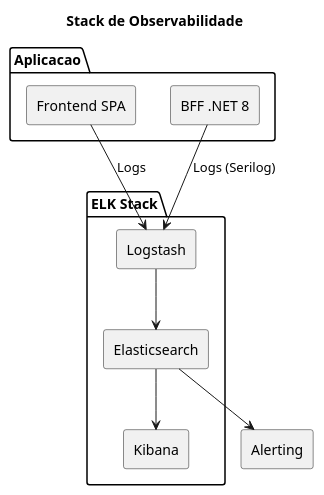
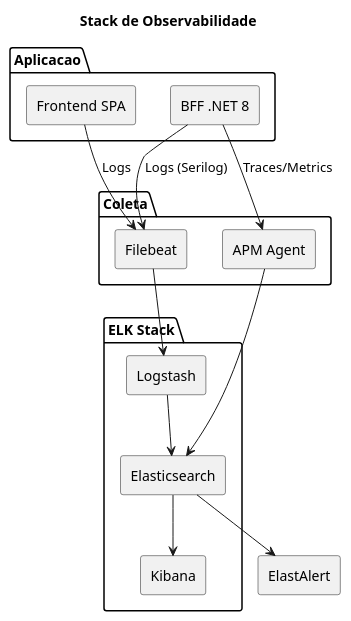
The diagram in current/sections/SEC-11-observabilidade-operacoes.md (beduardo/novobanco_website_doc), drawn with PlantUML before and after one commit. The commit also changed other lines of this file and 17 other files, not shown here.

````diff
--- a/current/sections/SEC-11-observabilidade-operacoes.md
+++ b/current/sections/SEC-11-observabilidade-operacoes.md
@@ -32,28 +42,36 @@
 ```plantuml
 @startuml
 skinparam componentStyle rectangle
 skinparam backgroundColor white
 
 title Stack de Observabilidade
 
 package "Aplicacao" {
   [Frontend SPA] as FE
   [BFF .NET 8] as BFF
 }
 
+package "Coleta" {
+  [Filebeat] as FB
+  [APM Agent] as APM
+}
+
 package "ELK Stack" {
   [Logstash] as LS
   [Elasticsearch] as ES
   [Kibana] as KB
 }
 
-[Alerting] as ALERT
+[ElastAlert] as ALERT
 
-FE --> LS : Logs
-BFF --> LS : Logs (Serilog)
+FE --> FB : Logs
+BFF --> FB : Logs (Serilog)
+BFF --> APM : Traces/Metrics
+FB --> LS
+APM --> ES
 LS --> ES
 ES --> KB
 ES --> ALERT
 
 @enduml
 ```
````
